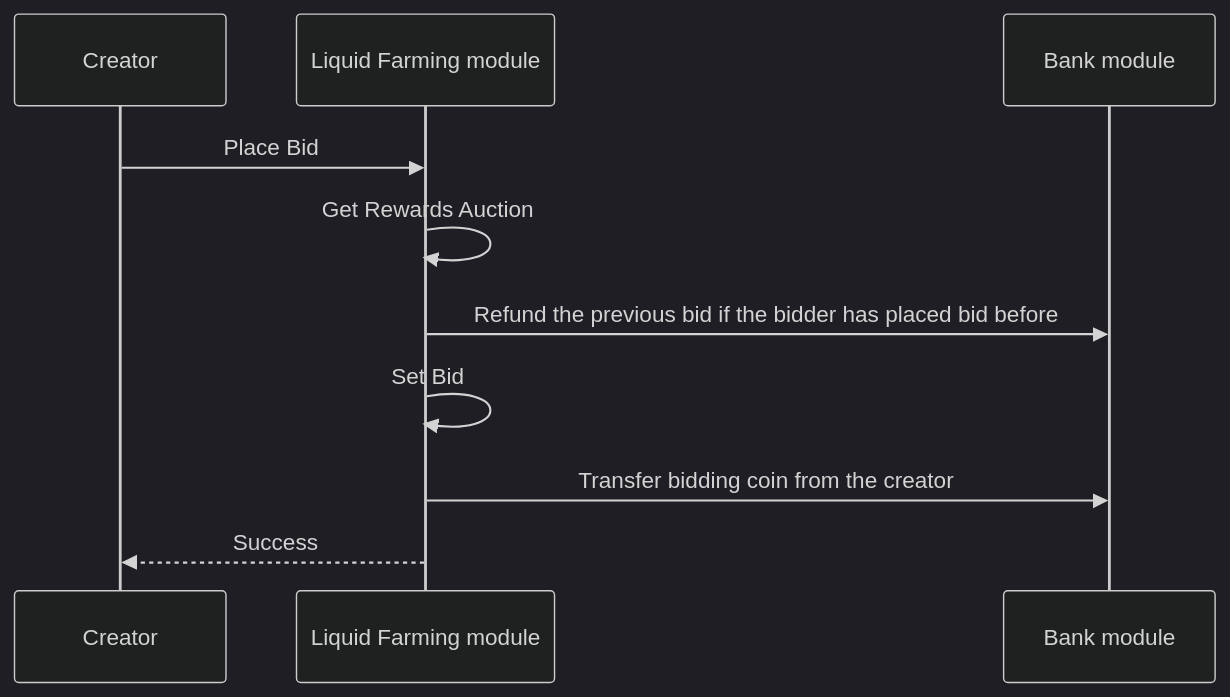
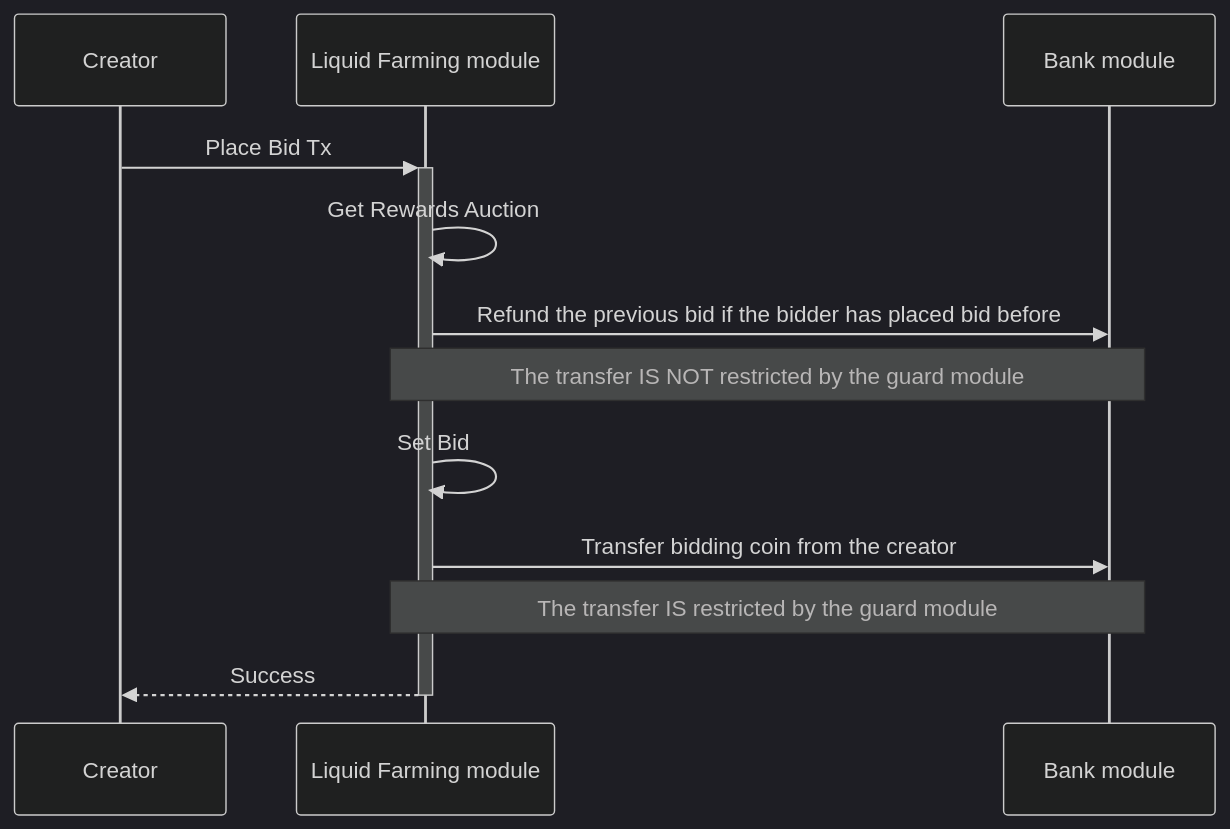
One commit to MANTRA-Chain/mantrachain changed the fourth of 6 diagrams in x/liquidfarming/spec/08_txs_flows.md. Above: the diagram before and after it, drawn with Mermaid (dark theme). The commit also changed other lines of this file and 12 other files, not shown here.

Commit message:
docs: add update txs flows docs

````diff
--- a/x/liquidfarming/spec/08_txs_flows.md
+++ b/x/liquidfarming/spec/08_txs_flows.md
@@ -40,9 +49,11 @@
 ```mermaid
 sequenceDiagram
-Creator ->> Liquid Farming module: Place Bid
+Creator->>+Liquid Farming module: Place Bid Tx
 Liquid Farming module->>Liquid Farming module: Get Rewards Auction
 Liquid Farming module->>Bank module: Refund the previous bid if the bidder has placed bid before
+Note over Liquid Farming module, Bank module: The transfer IS NOT restricted by the guard module
 Liquid Farming module->>Liquid Farming module: Set Bid
 Liquid Farming module->>Bank module: Transfer bidding coin from the creator
-Liquid Farming module-->> Creator: Success
+Note over Liquid Farming module, Bank module: The transfer IS restricted by the guard module
+Liquid Farming module-->>-Creator: Success
 ```
````
